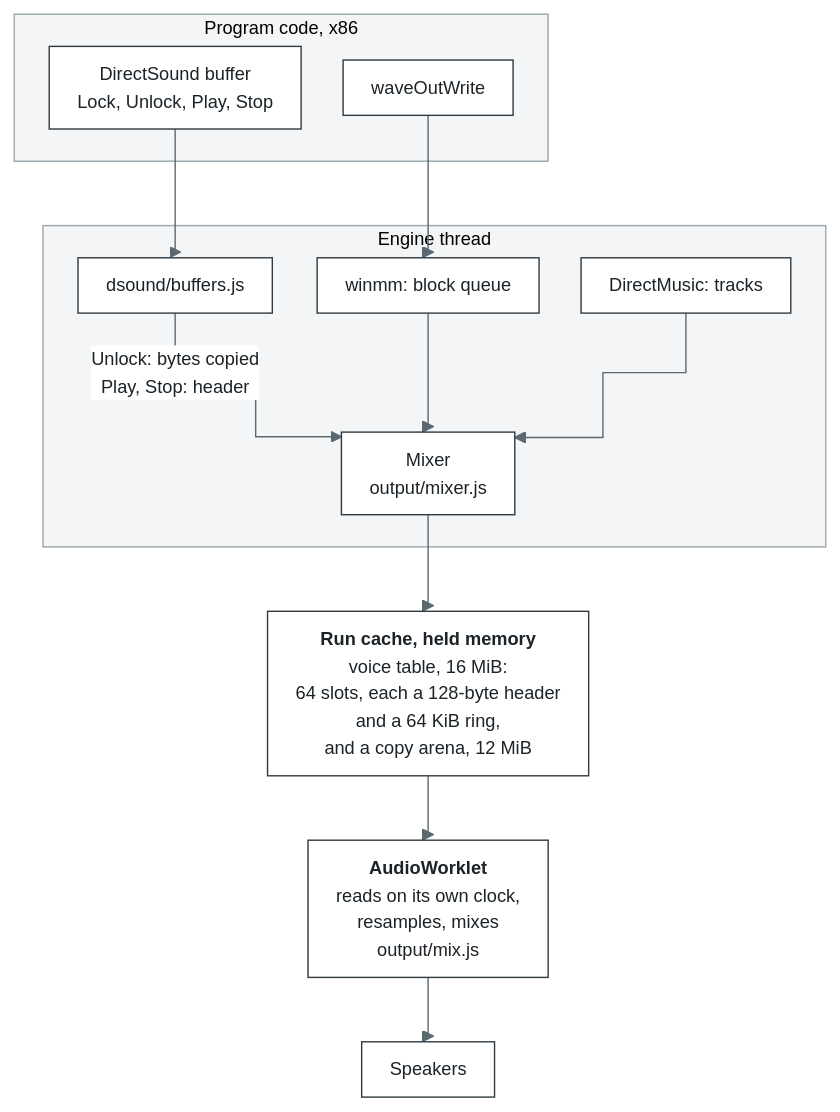
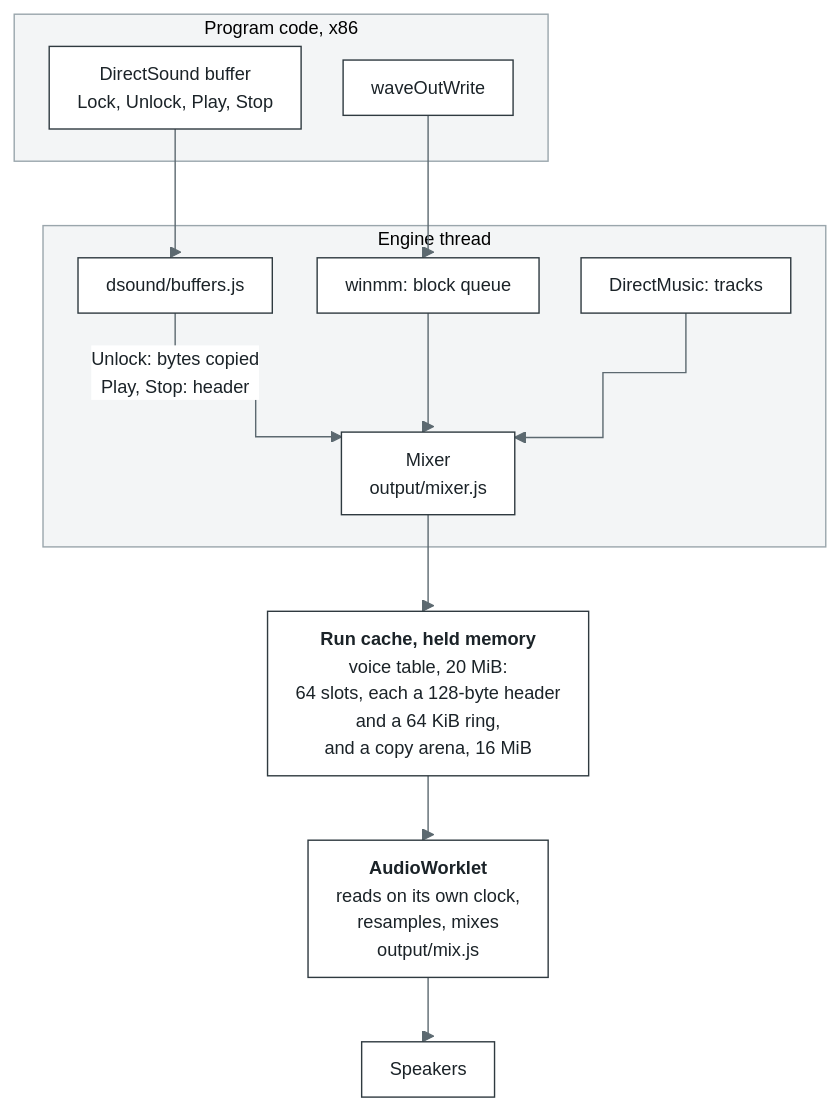
One commit to bottlify/bottlify changed the diagram in docs/architecture/sound.md. Above: the diagram before and after it, drawn with Mermaid. The commit also changed other lines of this file and 14 other files, not shown here.

First line of the commit message:
core: the sound table's arena is 16 MiB, holds are their pages - Cellar places a body past a quarter segment in a segment of its own

````diff
--- a/docs/architecture/sound.md
+++ b/docs/architecture/sound.md
@@ -16,24 +16,24 @@
 ```mermaid
 %%{init: {"theme": "base", "flowchart": {"curve": "step", "nodeSpacing": 30, "rankSpacing": 46, "padding": 10}, "themeVariables": {"fontFamily": "Inter, Segoe UI, Helvetica, Arial, sans-serif", "fontSize": "13px", "primaryColor": "#FFFFFF", "primaryBorderColor": "#2F3A40", "primaryTextColor": "#1B2328", "lineColor": "#5C6970", "clusterBkg": "#F3F5F6", "clusterBorder": "#9AA6AC", "edgeLabelBackground": "#FFFFFF"}}}%%
 flowchart TB
   subgraph GC["Program code, x86"]
     DS["DirectSound buffer<br/>Lock, Unlock, Play, Stop"]
     WO["waveOutWrite"]
   end
   subgraph EW["Engine thread"]
     DB["dsound/buffers.js"]
     WM["winmm: block queue"]
     DM["DirectMusic: tracks"]
     MX["Mixer<br/>output/mixer.js"]
   end
-  TB["<b>Run cache, held memory</b><br/>voice table, 16 MiB:<br/>64 slots, each a 128-byte header<br/>and a 64 KiB ring,<br/>and a copy arena, 12 MiB"]
+  TB["<b>Run cache, held memory</b><br/>voice table, 20 MiB:<br/>64 slots, each a 128-byte header<br/>and a 64 KiB ring,<br/>and a copy arena, 16 MiB"]
   RD["<b>AudioWorklet</b><br/>reads on its own clock,<br/>resamples, mixes<br/>output/mix.js"]
   DS --> DB
   WO --> WM
   DB -->|"Unlock: bytes copied<br/>Play, Stop: header"| MX
   WM --> MX
   DM --> MX
   MX --> TB
   TB --> RD
   RD --> SPK["Speakers"]
 ```
````
